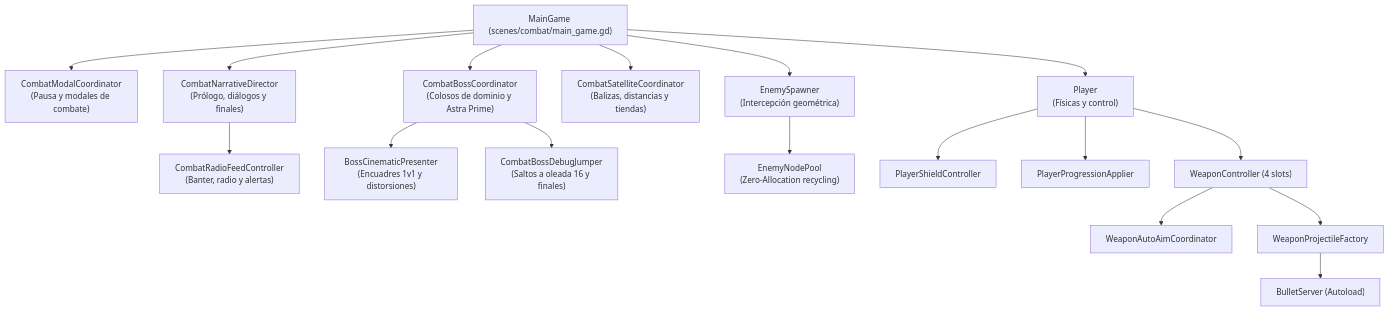
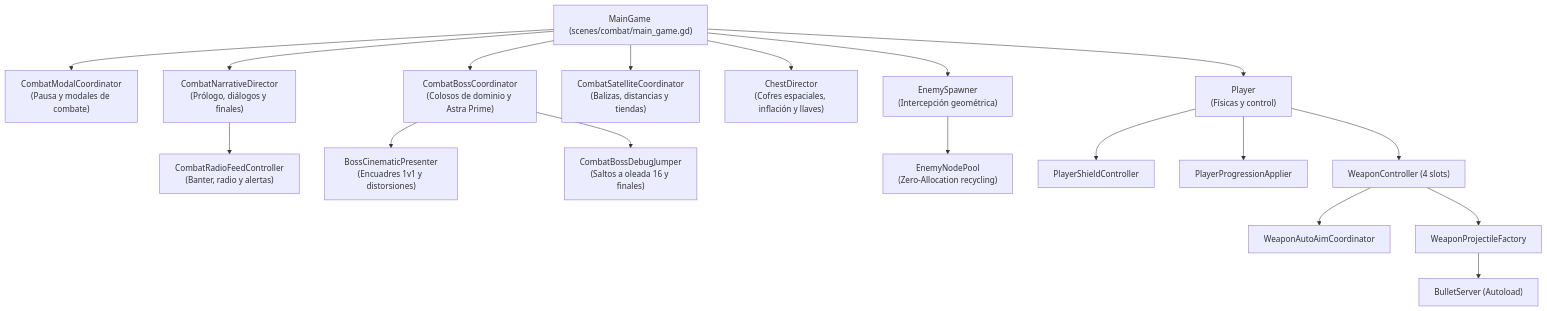
One commit to Ftleyell/astra-dream changed the first of 2 diagrams in docs/architecture/zero_context_architecture_and_file_tree.md. Above: the diagram before and after it, drawn with Mermaid. The commit also changed other lines of this file and 2 other files, not shown here.

Commit message:
docs: update zero-context architecture tree, economy balance, and changelog for v0.5.1

````diff
--- a/docs/architecture/zero_context_architecture_and_file_tree.md
+++ b/docs/architecture/zero_context_architecture_and_file_tree.md
@@ -232,24 +247,25 @@
 ```mermaid
 graph TD
     MG["MainGame (scenes/combat/main_game.gd)"]
     
     MG --> MC["CombatModalCoordinator<br/>(Pausa y modales de combate)"]
     MG --> ND["CombatNarrativeDirector<br/>(Prólogo, diálogos y finales)"]
     ND --> RFC["CombatRadioFeedController<br/>(Banter, radio y alertas)"]
     
     MG --> BC["CombatBossCoordinator<br/>(Colosos de dominio y Astra Prime)"]
     BC --> BCP["BossCinematicPresenter<br/>(Encuadres 1v1 y distorsiones)"]
     BC --> BCD["CombatBossDebugJumper<br/>(Saltos a oleada 16 y finales)"]
     
     MG --> SC["CombatSatelliteCoordinator<br/>(Balizas, distancias y tiendas)"]
+    MG --> CD["ChestDirector<br/>(Cofres espaciales, inflación y llaves)"]
     MG --> ES["EnemySpawner<br/>(Intercepción geométrica)"]
     ES --> ENP["EnemyNodePool<br/>(Zero-Allocation recycling)"]
     
     MG --> PL["Player<br/>(Físicas y control)"]
     PL --> PSC["PlayerShieldController"]
     PL --> PPA["PlayerProgressionApplier"]
     PL --> WC["WeaponController (4 slots)"]
     WC --> WAC["WeaponAutoAimCoordinator"]
     WC --> WPF["WeaponProjectileFactory"]
     WPF --> BS["BulletServer (Autoload)"]
 ```
````
